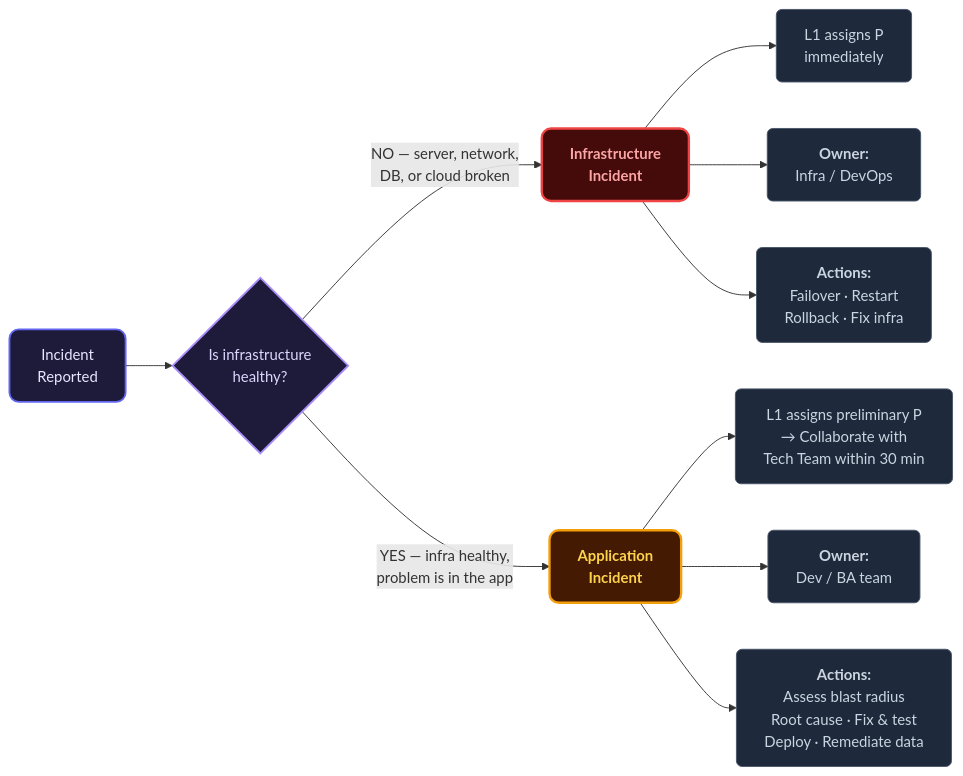
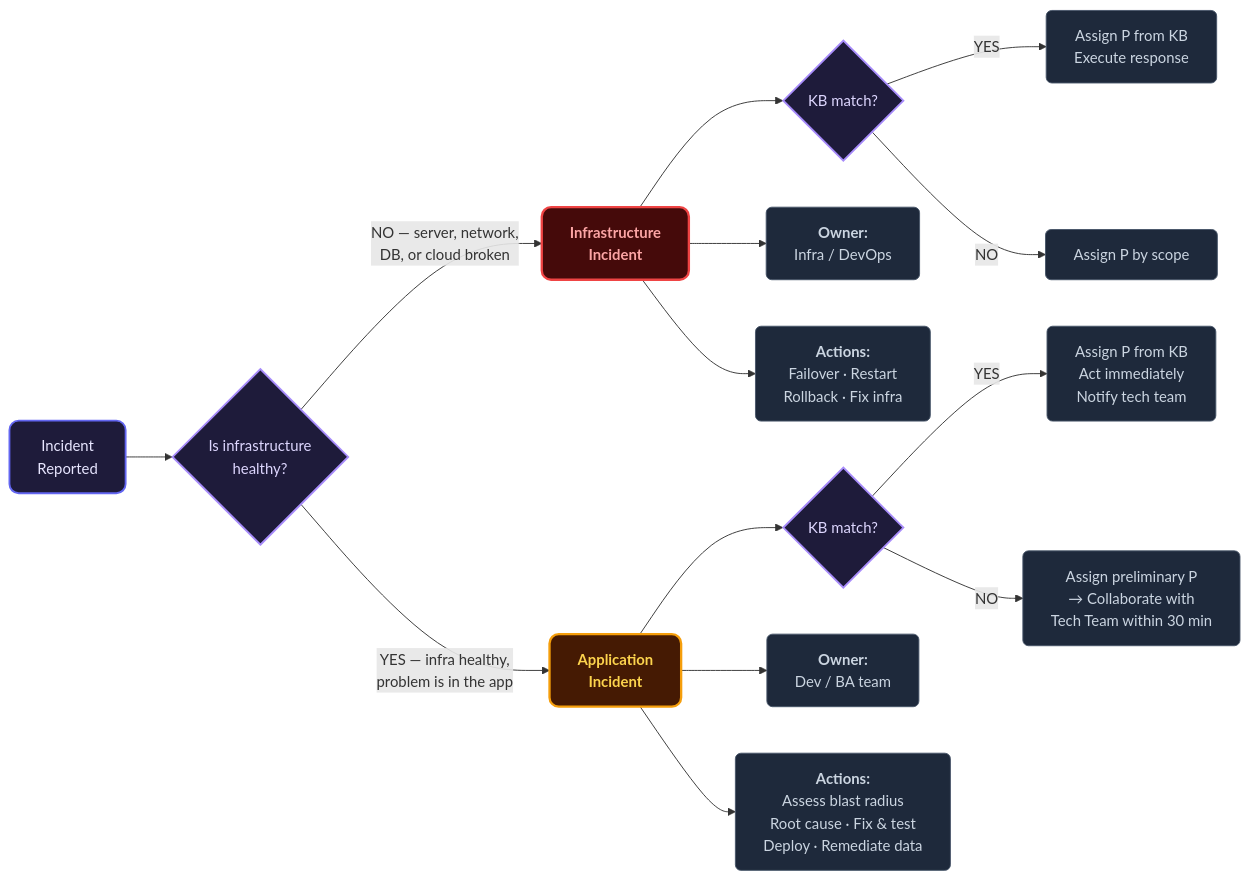
The second of 3 diagrams in solutions/incident-managment/swimlane-flow.md (dsonerd/sharable), drawn with Mermaid before and after one commit. The commit also changed other lines of this file and 2 other files, not shown here.

First line of the commit message:
Add Knowledge Base fast lane to incident triage flow

````diff
--- a/solutions/incident-managment/swimlane-flow.md
+++ b/solutions/incident-managment/swimlane-flow.md
@@ -259,27 +285,34 @@
 ```mermaid
 flowchart LR
     START["Incident<br/>Reported"] --> Q1{"Is infrastructure<br/>healthy?"}
 
     Q1 -->|"NO — server, network,<br/>DB, or cloud broken"| II["<b>Infrastructure<br/>Incident</b>"]
     Q1 -->|"YES — infra healthy,<br/>problem is in the app"| AI["<b>Application<br/>Incident</b>"]
 
-    II --> II_P["L1 assigns P<br/>immediately"]
+    II --> II_KB{"KB match?"}
+    II_KB -->|"YES"| II_P1["Assign P from KB<br/>Execute response"]
+    II_KB -->|"NO"| II_P2["Assign P by scope"]
     II --> II_OWNER["<b>Owner:</b><br/>Infra / DevOps"]
     II --> II_ACTION["<b>Actions:</b><br/>Failover · Restart<br/>Rollback · Fix infra"]
 
-    AI --> AI_P["L1 assigns preliminary P<br/>→ Collaborate with<br/>Tech Team within 30 min"]
+    AI --> AI_KB{"KB match?"}
+    AI_KB -->|"YES"| AI_P1["Assign P from KB<br/>Act immediately<br/>Notify tech team"]
+    AI_KB -->|"NO"| AI_P2["Assign preliminary P<br/>→ Collaborate with<br/>Tech Team within 30 min"]
     AI --> AI_OWNER["<b>Owner:</b><br/>Dev / BA team"]
     AI --> AI_ACTION["<b>Actions:</b><br/>Assess blast radius<br/>Root cause · Fix & test<br/>Deploy · Remediate data"]
 
     classDef start fill:#1E1B3A,stroke:#6366F1,stroke-width:2px,color:#E8E6FF,rx:10
     classDef question fill:#1E1B3A,stroke:#A78BFA,stroke-width:2px,color:#DDD6FE
     classDef infra fill:#450A0A,stroke:#EF4444,stroke-width:2.5px,color:#FCA5A5,rx:10
     classDef app fill:#451A03,stroke:#F59E0B,stroke-width:2.5px,color:#FCD34D,rx:10
     classDef detail fill:#1E293B,stroke:#475569,stroke-width:1px,color:#CBD5E1,rx:6
 
     class START start
     class Q1 question
+    classDef kbNode fill:#1E1B3A,stroke:#A78BFA,stroke-width:2px,color:#DDD6FE
+
     class II infra
     class AI app
-    class II_P,II_OWNER,II_ACTION,AI_P,AI_OWNER,AI_ACTION detail
+    class II_KB,AI_KB kbNode
+    class II_P1,II_P2,II_OWNER,II_ACTION,AI_P1,AI_P2,AI_OWNER,AI_ACTION detail
 ```
````
